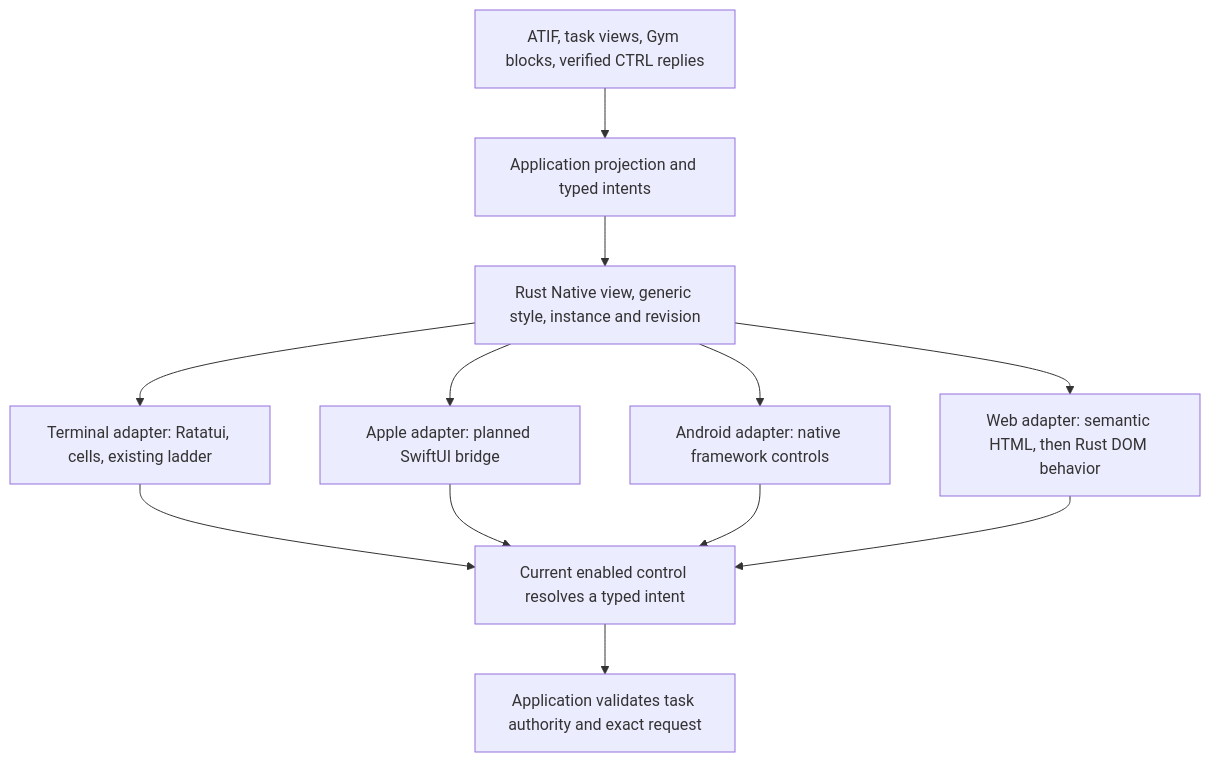
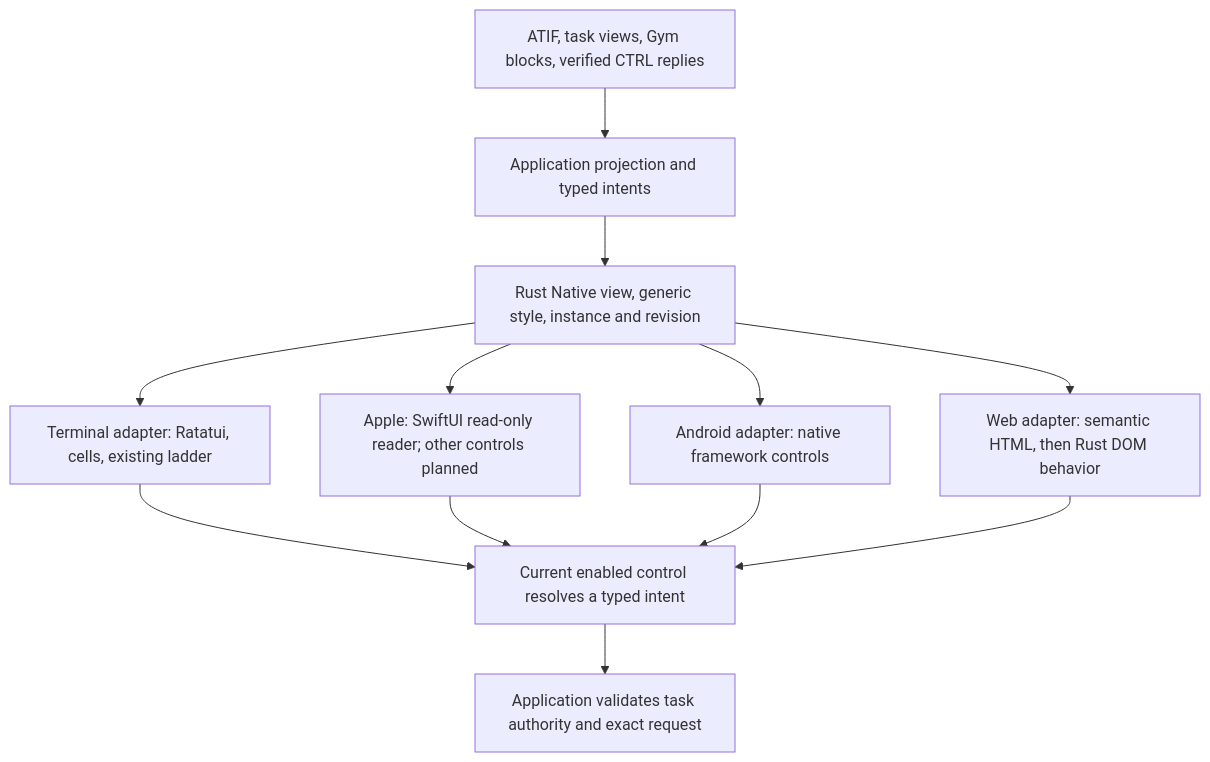
One commit to OpenAgentsInc/openagents changed the diagram in docs/coder/rust-native/adoption.md. Above: the diagram before and after it, drawn with Mermaid. The commit also changed other lines of this file and 12 other files, not shown here.

````diff
--- a/docs/coder/rust-native/adoption.md
+++ b/docs/coder/rust-native/adoption.md
@@ -54,22 +61,22 @@
 ```mermaid
 flowchart TD
     Evidence["ATIF, task views, Gym blocks, verified CTRL replies"]
     Application["Application projection and typed intents"]
     Native["Rust Native view, generic style, instance and revision"]
     Terminal["Terminal adapter: Ratatui, cells, existing ladder"]
-    Apple["Apple adapter: planned SwiftUI bridge"]
+    Apple["Apple: SwiftUI read-only reader; other controls planned"]
     Android["Android adapter: native framework controls"]
     Web["Web adapter: semantic HTML, then Rust DOM behavior"]
     Intent["Current enabled control resolves a typed intent"]
     Authority["Application validates task authority and exact request"]
     Evidence --> Application --> Native
     Native --> Terminal
     Native --> Apple
     Native --> Android
     Native --> Web
     Terminal --> Intent
     Apple --> Intent
     Android --> Intent
     Web --> Intent
     Intent --> Authority
 ```
````
